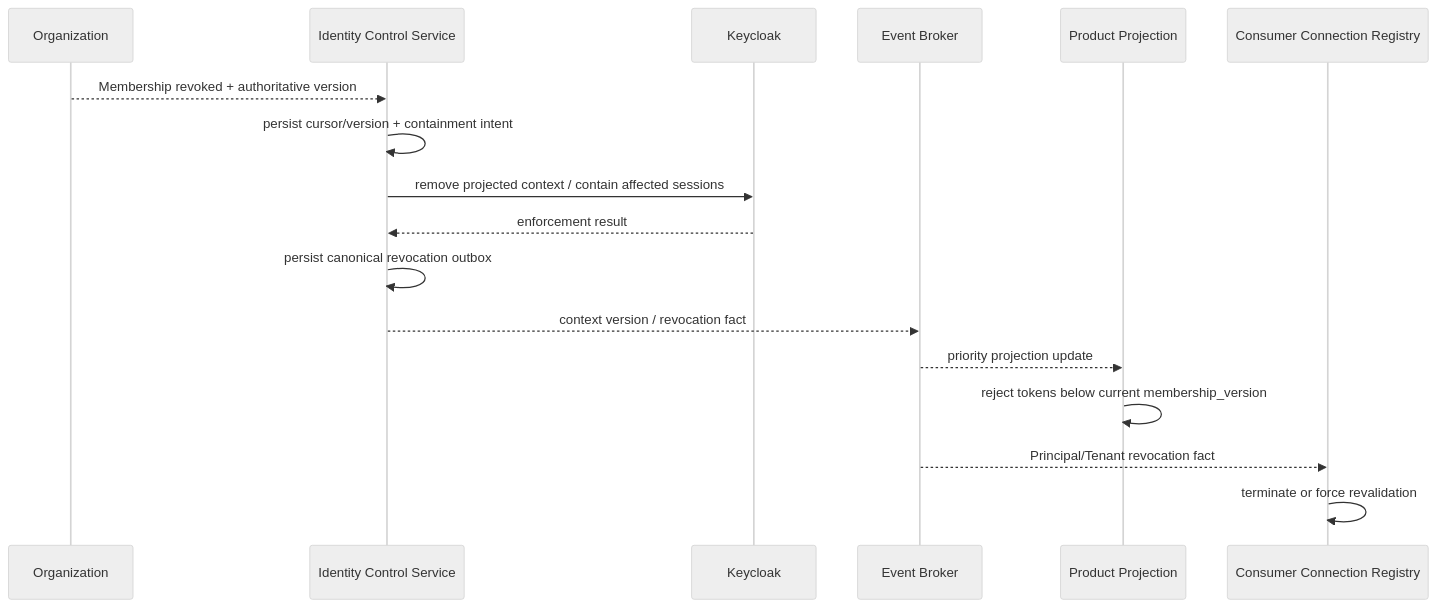
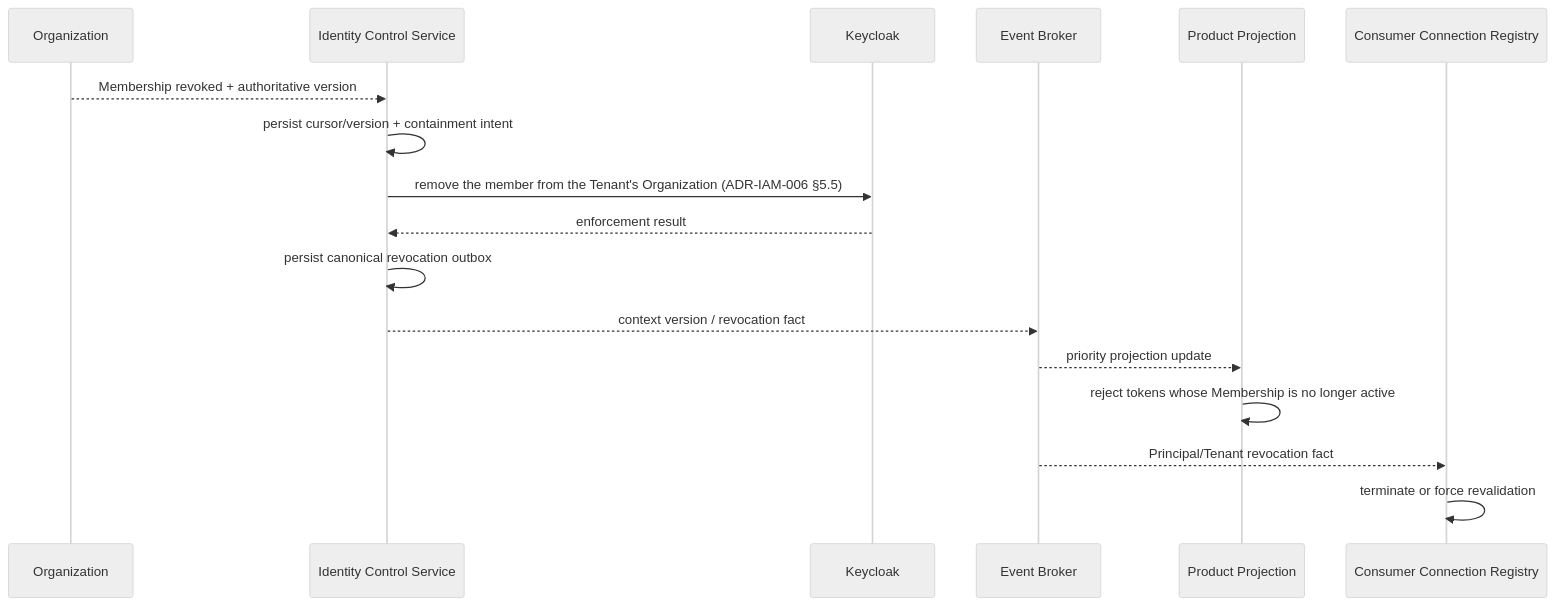
The eighth of 13 diagrams in 04-system/scnehaux-iam/scnehaux-identity-runtime.sad.md (anshacerbia2/scnehaux-architecture), drawn with Mermaid (neutral theme) before and after one commit. The commit also changed other lines of this file and 4 other files, not shown here.

First line of the commit message:
Decide how the active Tenant reaches a token (ADR-IAM-006)

````diff
--- a/04-system/scnehaux-iam/scnehaux-identity-runtime.sad.md
+++ b/04-system/scnehaux-iam/scnehaux-identity-runtime.sad.md
@@ -358,20 +358,20 @@
 ```mermaid
 sequenceDiagram
     participant ORG as Organization
     participant CTRL as Identity Control Service
     participant KC as Keycloak
     participant BUS as Event Broker
     participant PROD as Product Projection
     participant CONN as Consumer Connection Registry
 
     ORG-->>CTRL: Membership revoked + authoritative version
     CTRL->>CTRL: persist cursor/version + containment intent
-    CTRL->>KC: remove projected context / contain affected sessions
+    CTRL->>KC: remove the member from the Tenant's Organization (ADR-IAM-006 §5.5)
     KC-->>CTRL: enforcement result
     CTRL->>CTRL: persist canonical revocation outbox
     CTRL-->>BUS: context version / revocation fact
     BUS-->>PROD: priority projection update
-    PROD->>PROD: reject tokens below current membership_version
+    PROD->>PROD: reject tokens whose Membership is no longer active
     BUS-->>CONN: Principal/Tenant revocation fact
     CONN->>CONN: terminate or force revalidation
 ```
````
